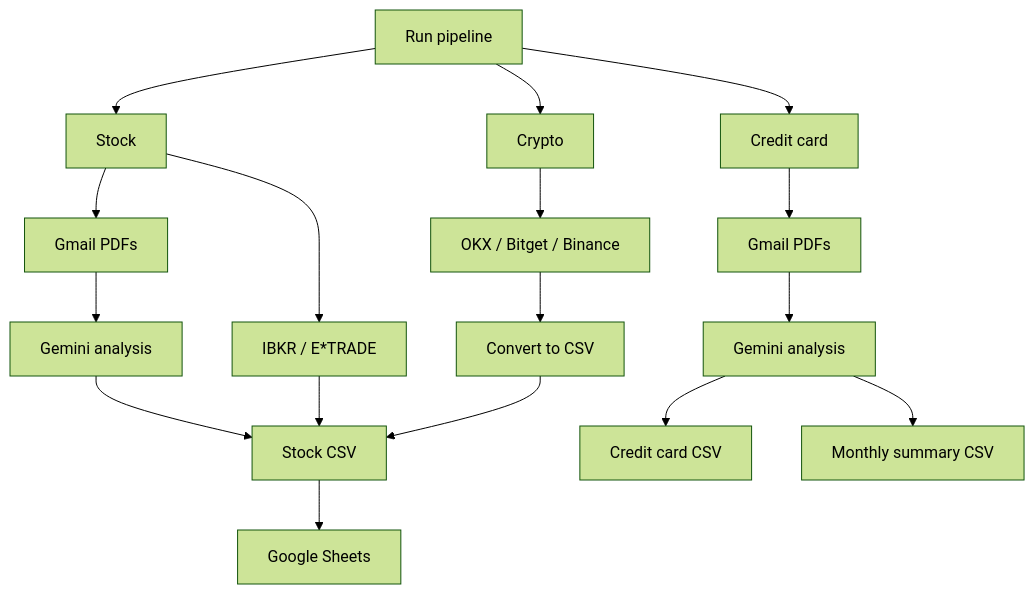
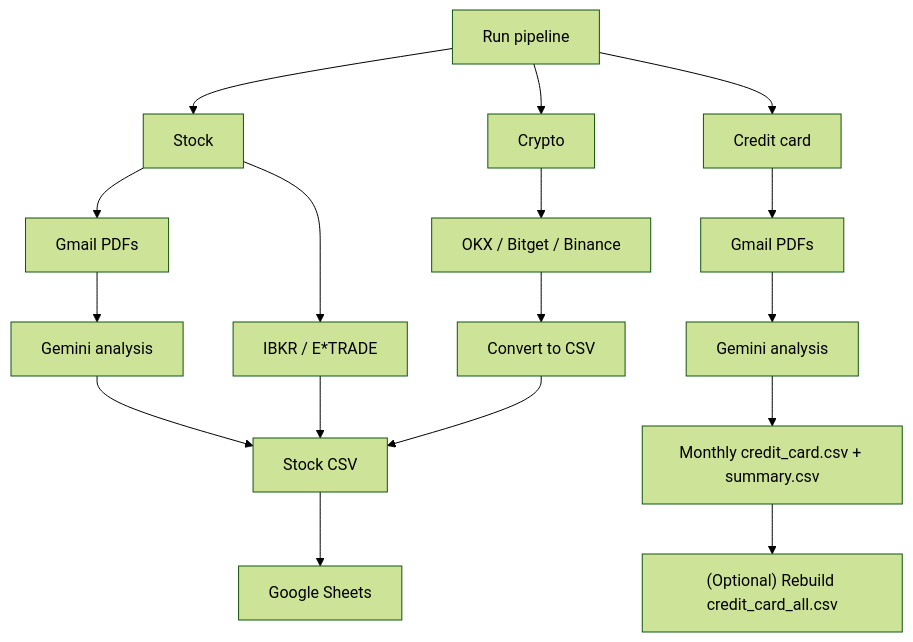
The diagram in readme.md (BoHsiang-W/Integrated-Asset), drawn with Mermaid (forest theme) before and after one commit. The commit also changed other lines of this file and 3 other files, not shown here.

First line of the commit message:
Card pipeline: add rebuild command and fix prompt file names (#36)

````diff
--- a/readme.md
+++ b/readme.md
@@ -17,22 +17,22 @@
 ```mermaid
 flowchart TD
     start["Run pipeline"] --> stock["Stock"]
     start --> card["Credit card"]
     start --> crypto["Crypto"]
 
     stock --> stockPdf["Gmail PDFs"]
     stockPdf --> stockGemini["Gemini analysis"]
     stockGemini --> stockCsv["Stock CSV"]
     stock --> brokers["IBKR / E*TRADE"]
     brokers --> stockCsv
     stockCsv --> sheets["Google Sheets"]
 
     card --> cardPdf["Gmail PDFs"]
     cardPdf --> cardGemini["Gemini analysis"]
-    cardGemini --> cardCsv["Credit card CSV"]
-    cardGemini --> cardMonthly["Monthly summary CSV"]
+    cardGemini --> cardMonthly["Monthly credit_card.csv + summary.csv"]
+    cardMonthly --> cardCsv["(Optional) Rebuild credit_card_all.csv"]
 
     crypto --> exchanges["OKX / Bitget / Binance"]
     exchanges --> cryptoCsv["Convert to CSV"]
     cryptoCsv --> stockCsv
 ```
````
